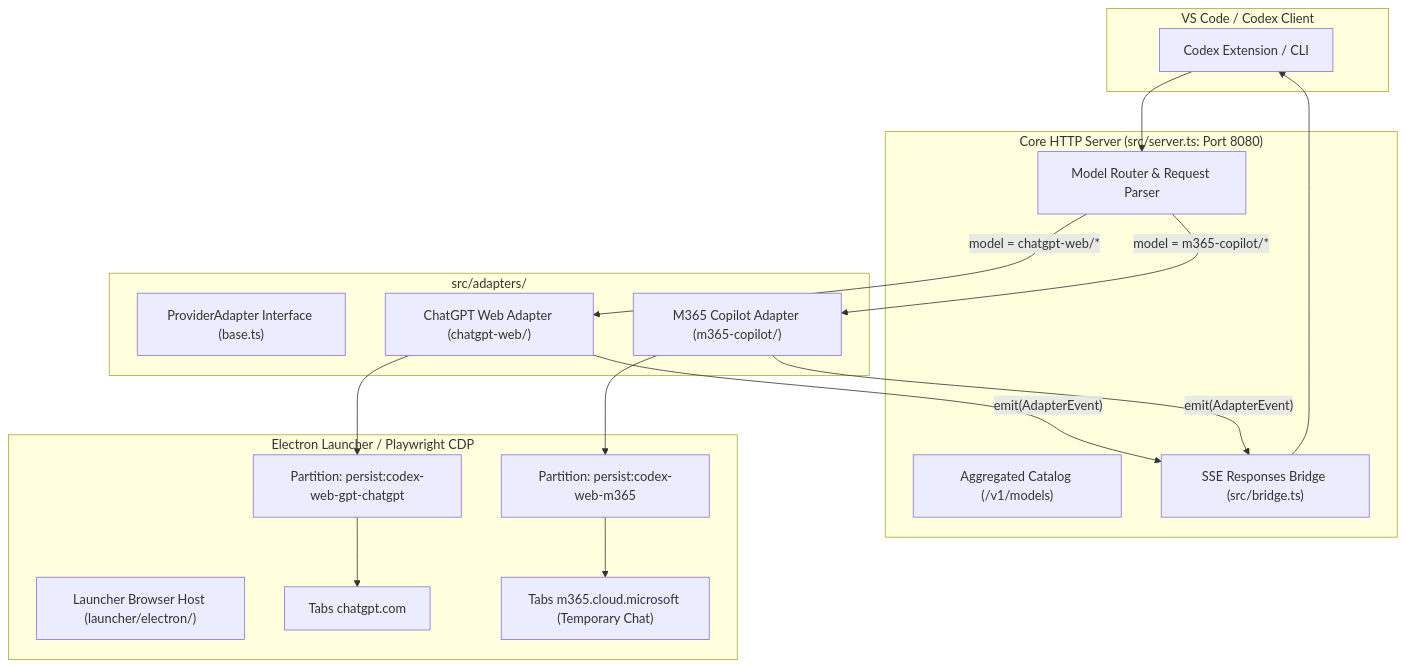
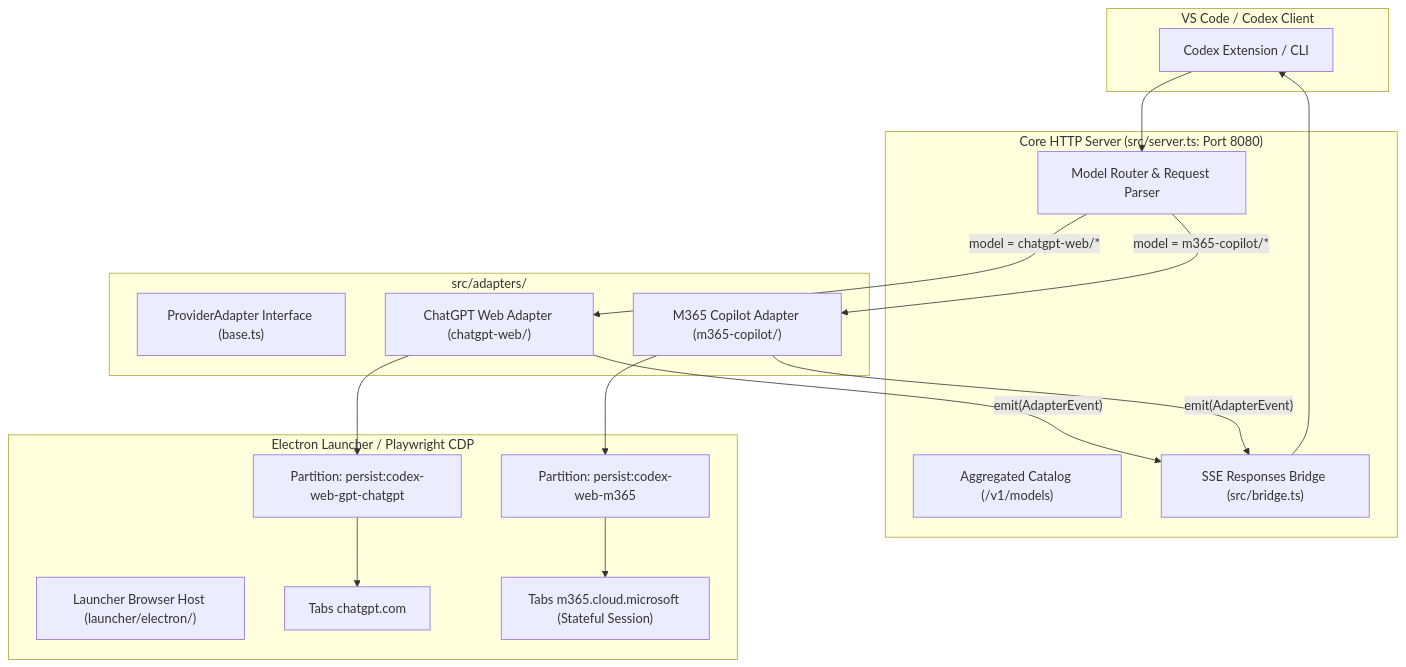
Before and after one commit to huytvdev22/codex-chatgpt-web: the first of 2 diagrams in docs/m365-multi-provider-plan.md, drawn with Mermaid. The commit also changed other lines of this file and 24 other files, not shown here.

````diff
--- a/docs/m365-multi-provider-plan.md
+++ b/docs/m365-multi-provider-plan.md
@@ -25,37 +25,37 @@
 ```mermaid
 flowchart TD
     subgraph ClientLayer ["VS Code / Codex Client"]
         VSCode["Codex Extension / CLI"]
     end
 
     subgraph ServerLayer ["Core HTTP Server (src/server.ts: Port 8080)"]
         Router["Model Router & Request Parser"]
         Catalog["Aggregated Catalog (/v1/models)"]
         SSEBridge["SSE Responses Bridge (src/bridge.ts)"]
     end
 
     subgraph AdapterLayer ["src/adapters/"]
         BaseAdapter["ProviderAdapter Interface (base.ts)"]
         GptAdapter["ChatGPT Web Adapter (chatgpt-web/)"]
         M365Adapter["M365 Copilot Adapter (m365-copilot/)"]
     end
 
     subgraph BrowserHostLayer ["Electron Launcher / Playwright CDP"]
         ElectronHost["Launcher Browser Host (launcher/electron/)"]
         PartitionGPT["Partition: persist:codex-web-gpt-chatgpt"]
         PartitionM365["Partition: persist:codex-web-m365"]
         TabGPT["Tabs chatgpt.com"]
-        TabM365["Tabs m365.cloud.microsoft (Temporary Chat)"]
+        TabM365["Tabs m365.cloud.microsoft (Stateful Session)"]
     end
 
     VSCode --> Router
     Router -- "model = chatgpt-web/*" --> GptAdapter
     Router -- "model = m365-copilot/*" --> M365Adapter
     
     GptAdapter --> PartitionGPT --> TabGPT
     M365Adapter --> PartitionM365 --> TabM365
 
     GptAdapter -- "emit(AdapterEvent)" --> SSEBridge
     M365Adapter -- "emit(AdapterEvent)" --> SSEBridge
     SSEBridge --> VSCode
 ```
````
